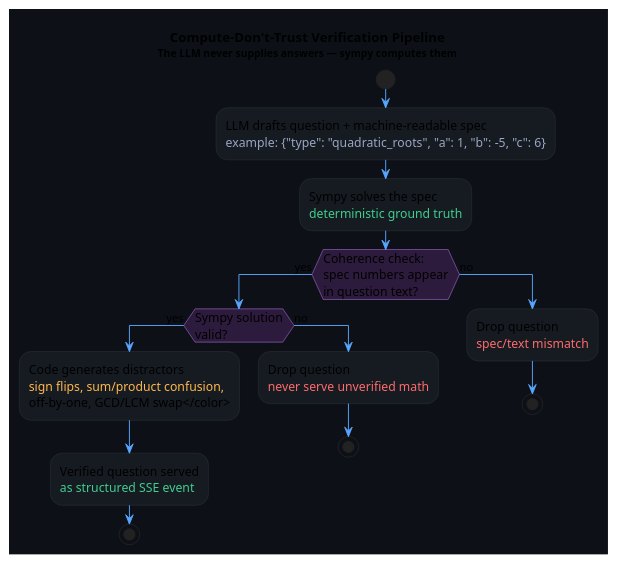
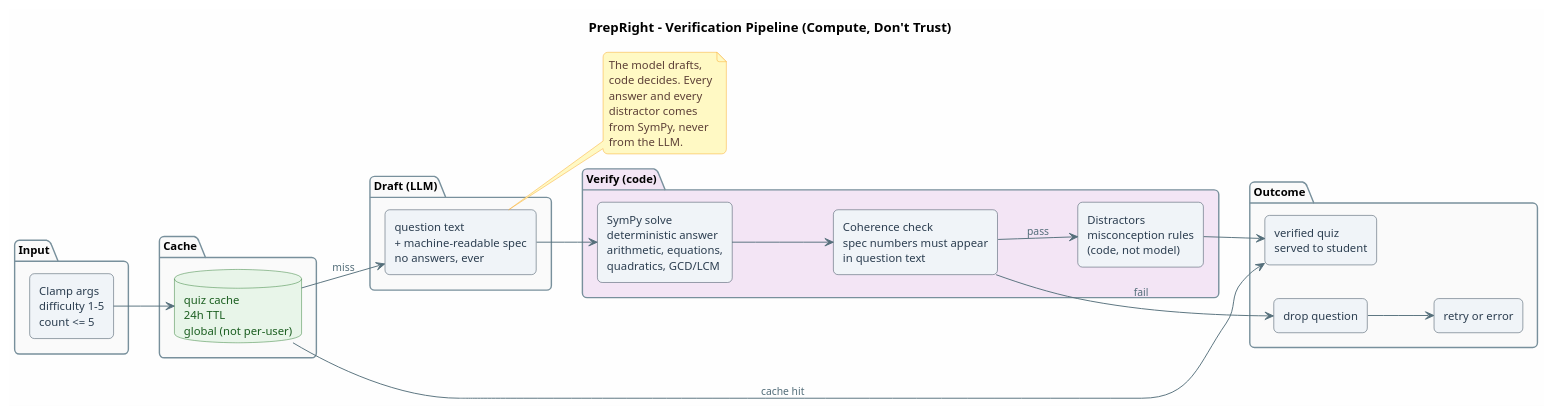
The diagram in diagrams/verification.puml (vedant-9/prepright), drawn with PlantUML before and after one commit. The commit also changed 3 other files, not shown here.

First line of the commit message:
diagrams: architecture + verification pipeline (PlantUML, white-bg PNGs)

```diff
--- a/diagrams/verification.puml
+++ b/diagrams/verification.puml
@@ -1,34 +1,78 @@
-@startuml verification
-skinparam backgroundColor #0D1117
-skinparam defaultTextColor #E8EDF7
-skinparam defaultFontSize 13
-skinparam activity {
-  BackgroundColor #161B22
-  BorderColor #30363D
-  DiamondBackgroundColor #2D1B3D
-  DiamondBorderColor #C084FC
+@startuml
+skinparam backgroundColor #FEFEFE
+skinparam shadowing false
+skinparam defaultFontSize 12
+skinparam roundCorner 10
+skinparam rectangle {
+  BackgroundColor #F0F4F8
+  BorderColor #2C3E50
+  FontColor #2C3E50
+}
+skinparam database {
+  BackgroundColor #E8F5E9
+  BorderColor #2E7D32
+  FontColor #1B5E20
+}
+skinparam package {
+  BackgroundColor #FAFAFA
+  BorderColor #78909C
+  FontStyle bold
 }
 skinparam arrow {
-  Color #58A6FF
-  FontSize 12
+  Color #546E7A
+  FontSize 11
+  FontColor #546E7A
+}
+skinparam note {
+  BackgroundColor #FFF9C4
+  BorderColor #F9A825
+  FontColor #5D4037
 }
 
-title **Compute-Don't-Trust Verification Pipeline**\n<size:11>The LLM never supplies answers — sympy computes them</size>
+title PrepRight - Verification Pipeline (Compute, Don't Trust)
 
-start
-:LLM drafts question + machine-readable spec\n<color:#9AA7C4>example: {"type": "quadratic_roots", "a": 1, "b": -5, "c": 6}</color>;
-:Sympy solves the spec\n<color:#3FCF8E>deterministic ground truth</color>;
-if (Coherence check:\nspec numbers appear\nin question text?) then (yes)
-  if (Sympy solution\nvalid?) then (yes)
-    :Code generates distractors\n<color:#FFB84D>sign flips, sum/product confusion,\noff-by-one, GCD/LCM swap</color>;
-    :Verified question served\n<color:#3FCF8E>as structured SSE event</color>;
-    stop
-  else (no)
-    :Drop question\n<color:#FF6B6B>never serve unverified math</color>;
-    stop
-  endif
-else (no)
-  :Drop question\n<color:#FF6B6B>spec/text mismatch</color>;
-  stop
-endif
+left to right direction
+
+package "Input" {
+  rectangle "Clamp args\ndifficulty 1-5\ncount <= 5" as CLAMP
+}
+
+package "Cache" {
+  database "quiz cache\n24h TTL\nglobal (not per-user)" as CACHE
+}
+
+package "Draft (LLM)" {
+  rectangle "question text\n+ machine-readable spec\nno answers, ever" as DRAFT
+}
+
+package "Verify (code)" #F3E5F5 {
+  rectangle "SymPy solve\ndeterministic answer\narithmetic, equations,\nquadratics, GCD/LCM" as SOLVE
+  rectangle "Coherence check\nspec numbers must appear\nin question text" as COHERENT
+  rectangle "Distractors\nmisconception rules\n(code, not model)" as DISTRACT
+}
+
+package "Outcome" {
+  rectangle "verified quiz\nserved to student" as SERVE
+  rectangle "drop question" as DROP
+  rectangle "retry or error" as RETRY
+}
+
+CLAMP --> CACHE
+CACHE --> DRAFT : miss
+CACHE --> SERVE : cache hit
+DRAFT --> SOLVE
+SOLVE --> COHERENT
+COHERENT --> DISTRACT : pass
+COHERENT -down-> DROP : fail
+DROP -down-> RETRY
+DISTRACT --> SERVE
+
+note right of DRAFT
+  The model drafts,
+  code decides. Every
+  answer and every
+  distractor comes
+  from SymPy, never
+  from the LLM.
+end note
 @enduml
```
